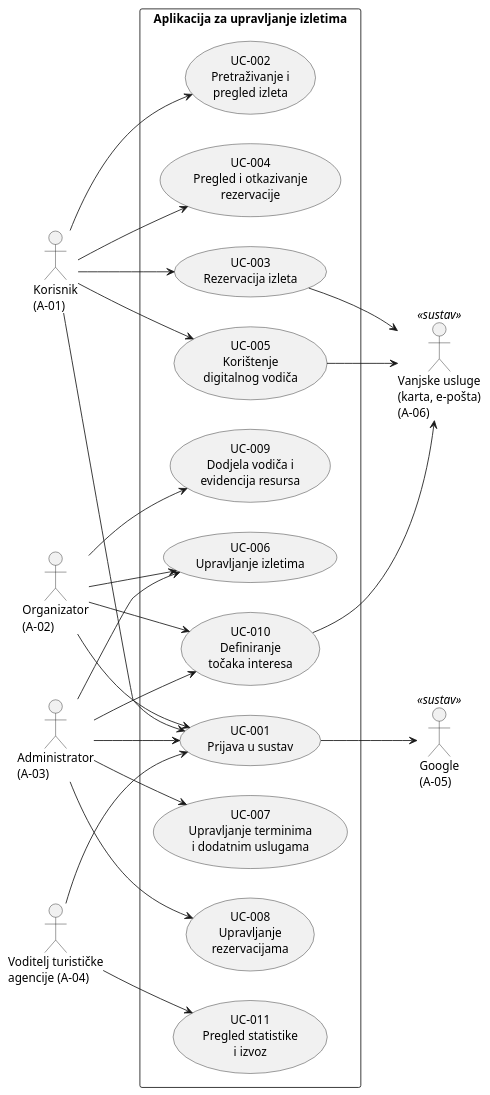
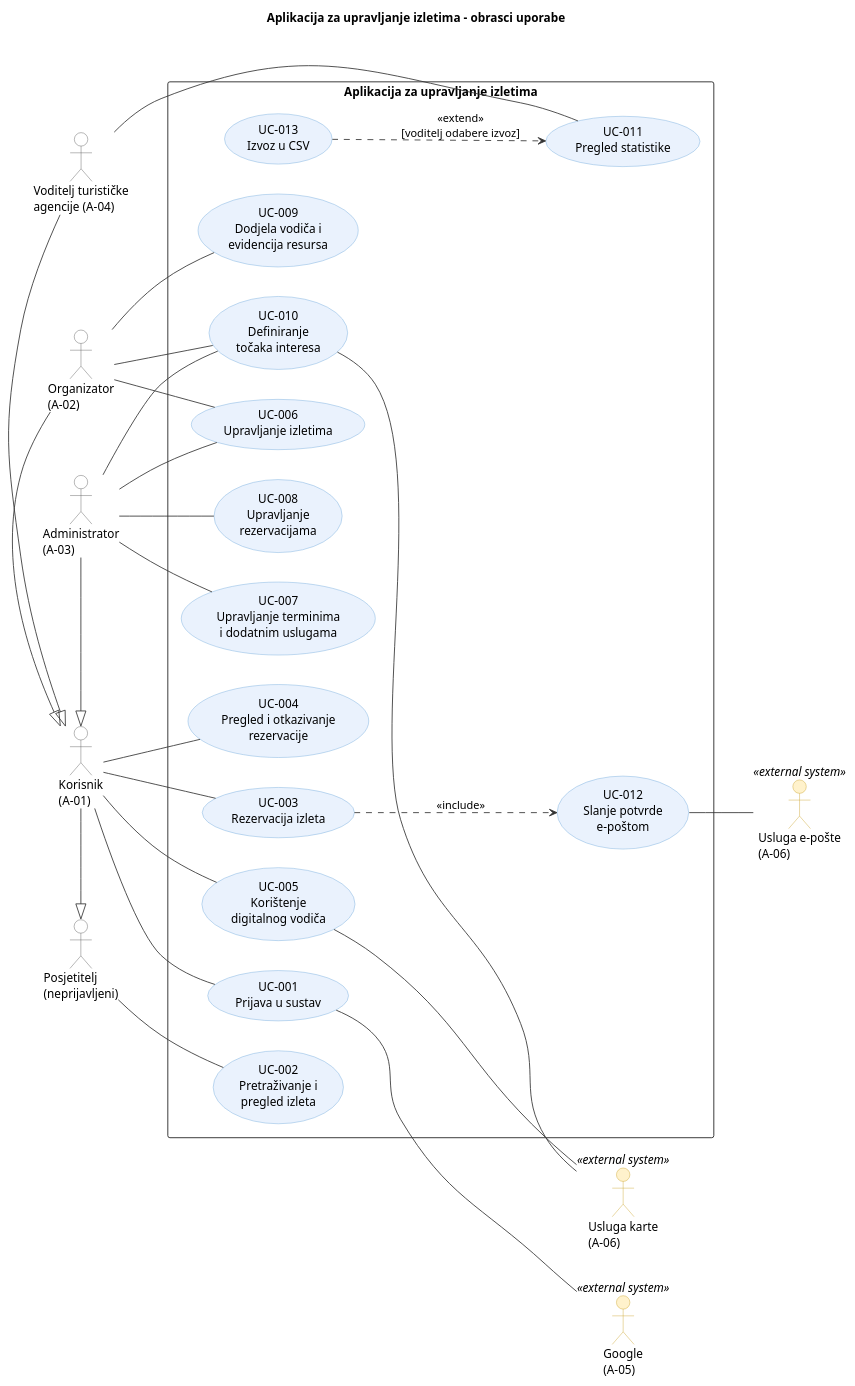
Before and after one commit to ivan-domljanovic/proinz-G11-3: the diagram in docs/puml/3-1-sustav-UC.puml, drawn with PlantUML.

Commit message:
Update uml dijagram

```diff
--- a/docs/puml/3-1-sustav-UC.puml
+++ b/docs/puml/3-1-sustav-UC.puml
@@ -1,56 +1,78 @@
 @startuml 3-1-sustav-UC
+title Aplikacija za upravljanje izletima - obrasci uporabe
 left to right direction
 skinparam packageStyle rectangle
+skinparam usecase {
+  BackgroundColor #EAF2FD
+  BorderColor #6FA8DC
+}
+skinparam shadowing false
+skinparam ArrowColor #333333
+skinparam actor {
+  BackgroundColor #FFFFFF
+  BorderColor #555555
+}
+skinparam actor<<external system>> {
+  BackgroundColor #FFF2CC
+  BorderColor #C9A227
+}
 
+' ===== Ljudski akteri =====
+actor "Posjetitelj\n(neprijavljeni)" as P
 actor "Korisnik\n(A-01)" as K
 actor "Organizator\n(A-02)" as O
 actor "Administrator\n(A-03)" as A
 actor "Voditelj turističke\nagencije (A-04)" as V
 
-actor "Google\n(A-05)" as G <<sustav>>
-actor "Vanjske usluge\n(karta, e-pošta)\n(A-06)" as VU <<sustav>>
+' ===== Vanjski sustavi =====
+actor "Google\n(A-05)" as G <<external system>>
+actor "Usluga e-pošte\n(A-06)" as E <<external system>>
+actor "Usluga karte\n(A-06)" as M <<external system>>
 
 rectangle "Aplikacija za upravljanje izletima" {
   usecase "UC-001\nPrijava u sustav" as UC1
   usecase "UC-002\nPretraživanje i\npregled izleta" as UC2
   usecase "UC-003\nRezervacija izleta" as UC3
+  usecase "UC-012\nSlanje potvrde\ne-poštom" as UC12
   usecase "UC-004\nPregled i otkazivanje\nrezervacije" as UC4
   usecase "UC-005\nKorištenje\ndigitalnog vodiča" as UC5
   usecase "UC-006\nUpravljanje izletima" as UC6
   usecase "UC-007\nUpravljanje terminima\ni dodatnim uslugama" as UC7
   usecase "UC-008\nUpravljanje\nrezervacijama" as UC8
   usecase "UC-009\nDodjela vodiča i\nevidencija resursa" as UC9
   usecase "UC-010\nDefiniranje\ntočaka interesa" as UC10
-  usecase "UC-011\nPregled statistike\ni izvoz" as UC11
+  usecase "UC-011\nPregled statistike" as UC11
+  usecase "UC-013\nIzvoz u CSV" as UC13
 }
 
-' Korisnik
-K --> UC1
-K --> UC2
-K --> UC3
-K --> UC4
-K --> UC5
+' ===== Nasljeđivanje uloga =====
+K -|> P
+O -|> K
+A -|> K
+V -|> K
 
-' Organizator
-O --> UC1
-O --> UC6
-O --> UC9
-O --> UC10
+' ===== Veze aktera i obrazaca uporabe =====
+P -- UC2
+K -- UC1
+K -- UC3
+K -- UC4
+K -- UC5
+O -- UC6
+O -- UC9
+O -- UC10
+A -- UC6
+A -- UC7
+A -- UC8
+A -- UC10
+V -- UC11
 
-' Administrator
-A --> UC1
-A --> UC6
-A --> UC7
-A --> UC8
-A --> UC10
+' ===== include / extend =====
+UC3 ..> UC12 : <<include>>
+UC13 ..> UC11 : <<extend>>\n[voditelj odabere izvoz]
 
-' Voditelj agencije
-V --> UC1
-V --> UC11
-
-' Sekundarni akteri (vanjski sustavi)
-UC1 --> G
-UC3 --> VU
-UC5 --> VU
-UC10 --> VU
+' ===== Vanjski sustavi =====
+UC1 -- G
+UC12 -- E
+UC5 -- M
+UC10 -- M
 @enduml
```
